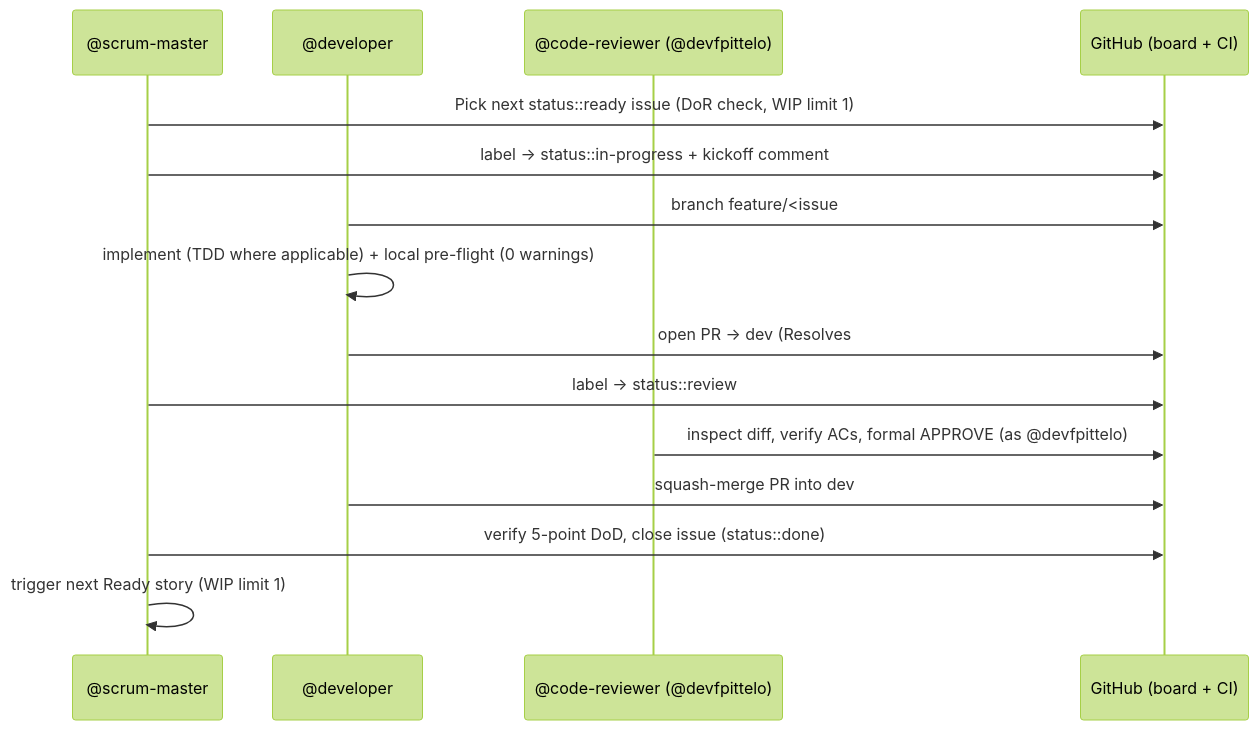
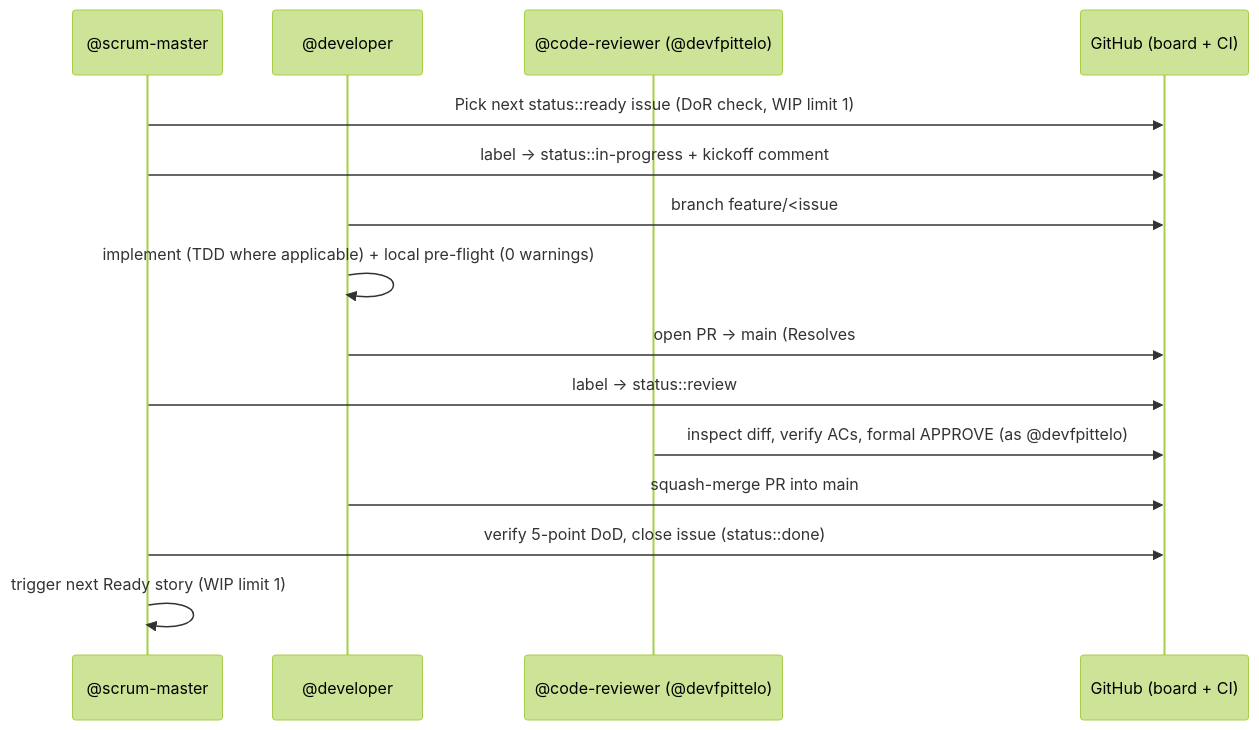
Before and after one commit to fpittelo/opencode-home-config: the diagram in docs/architecture/arc42/06-runtime-view.md, drawn with Mermaid (forest theme). The commit also changed other lines of this file and 27 other files, not shown here.

````diff
--- a/docs/architecture/arc42/06-runtime-view.md
+++ b/docs/architecture/arc42/06-runtime-view.md
@@ -9,18 +9,18 @@
 ```mermaid
 sequenceDiagram
     participant SM as @scrum-master
     participant DEV as @developer
     participant CR as @code-reviewer (@devfpittelo)
     participant GH as GitHub (board + CI)
 
     SM->>GH: Pick next status::ready issue (DoR check, WIP limit 1)
     SM->>GH: label → status::in-progress + kickoff comment
-    DEV->>GH: branch feature/<issue#>-<slug> off dev
+    DEV->>GH: branch feature/<issue#>-<slug> off main
     DEV->>DEV: implement (TDD where applicable) + local pre-flight (0 warnings)
-    DEV->>GH: open PR → dev (Resolves #N)
+    DEV->>GH: open PR → main (Resolves #N)
     SM->>GH: label → status::review
     CR->>GH: inspect diff, verify ACs, formal APPROVE (as @devfpittelo)
-    DEV->>GH: squash-merge PR into dev
+    DEV->>GH: squash-merge PR into main
     SM->>GH: verify 5-point DoD, close issue (status::done)
     SM->>SM: trigger next Ready story (WIP limit 1)
 ```
````
